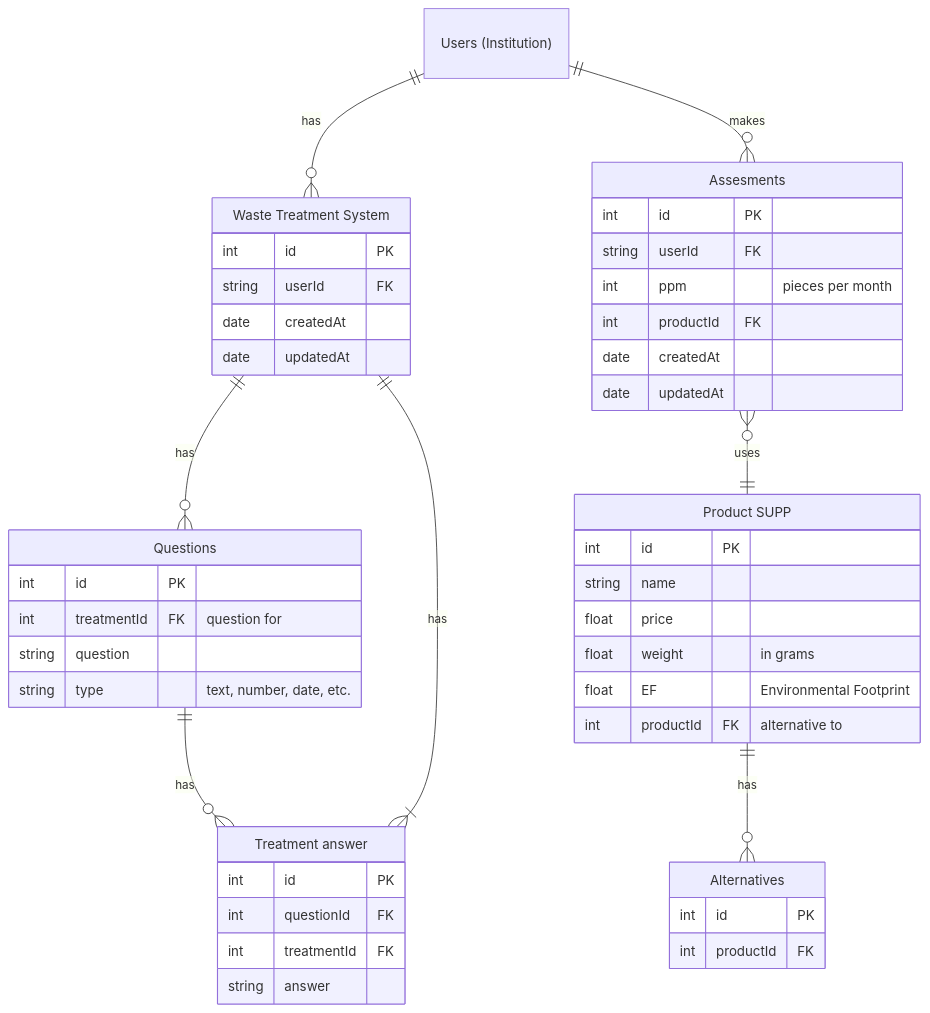
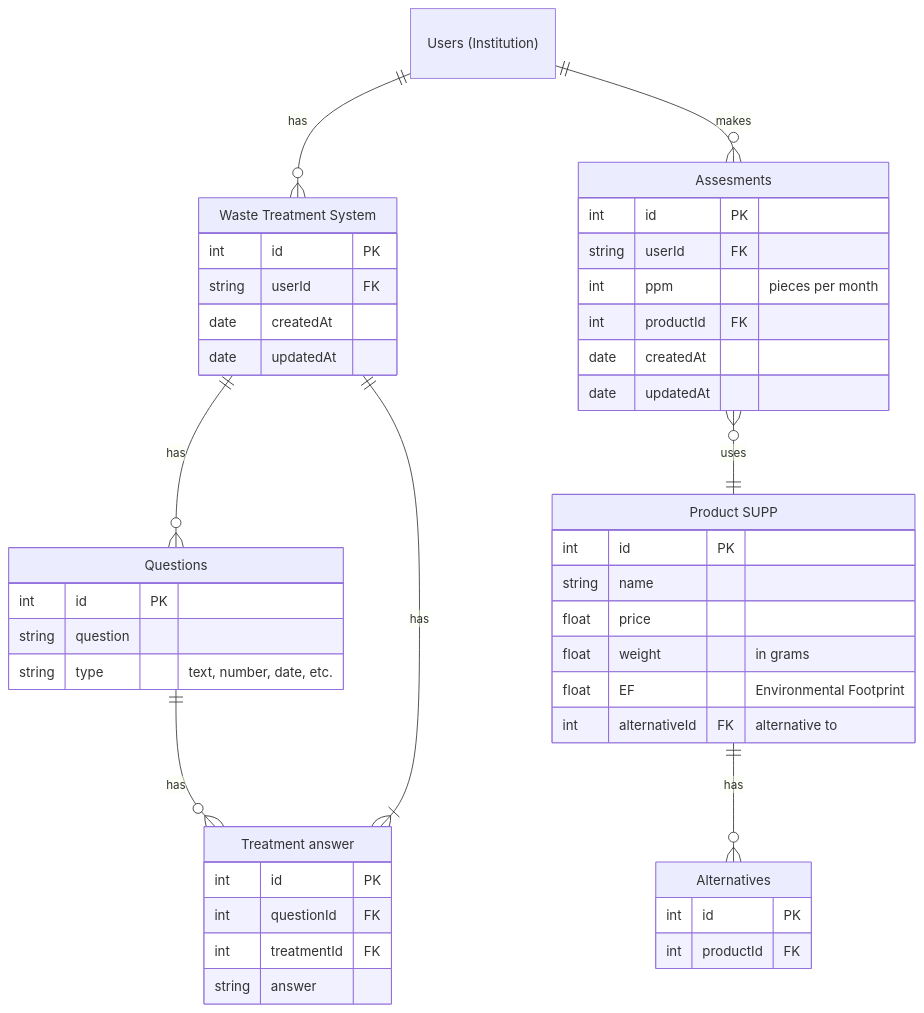
The diagram in backend/README.md (SimonStnn/BEMED), drawn with Mermaid before and after one commit. The commit also changed 2 other files, not shown here.

Commit message:
Start inserting values

````diff
--- a/backend/README.md
+++ b/backend/README.md
@@ -5,56 +5,55 @@
 ```mermaid
 erDiagram
 users["Users (Institution)"] {}
 
 treatments["Waste Treatment System"] {
     int id PK
     string userId FK
     date createdAt
     date updatedAt
 }
 
 questions["Questions"] {
     int id PK
-    int treatmentId FK "question for"
     string question
     string type "text, number, date, etc."
 }
 
 answer["Treatment answer"] {
     int id PK
     int questionId FK
     int treatmentId FK
     string answer
 }
 
 assesments["Assesments"] {
     int id PK
     string userId FK
     int ppm "pieces per month"
     int productId FK
     date createdAt
     date updatedAt
 }
 
 products["Product SUPP"] {
     int id PK
     string name
     float price 
     float weight "in grams"
     float EF "Environmental Footprint"
-    int productId FK "alternative to"
+    int alternativeId FK "alternative to"
 }
 
 alternatives["Alternatives"] {
     int id PK
     int productId FK
 }
 
 users ||--o{ treatments : "has"
 treatments ||--o{ questions : "has"
 questions ||--o{ answer : "has"
 treatments ||-- |{ answer : "has"
 users ||--o{   assesments : "makes"
 products ||--o{ alternatives : "has"
 assesments }o--|| products : "uses"
 ```
````
